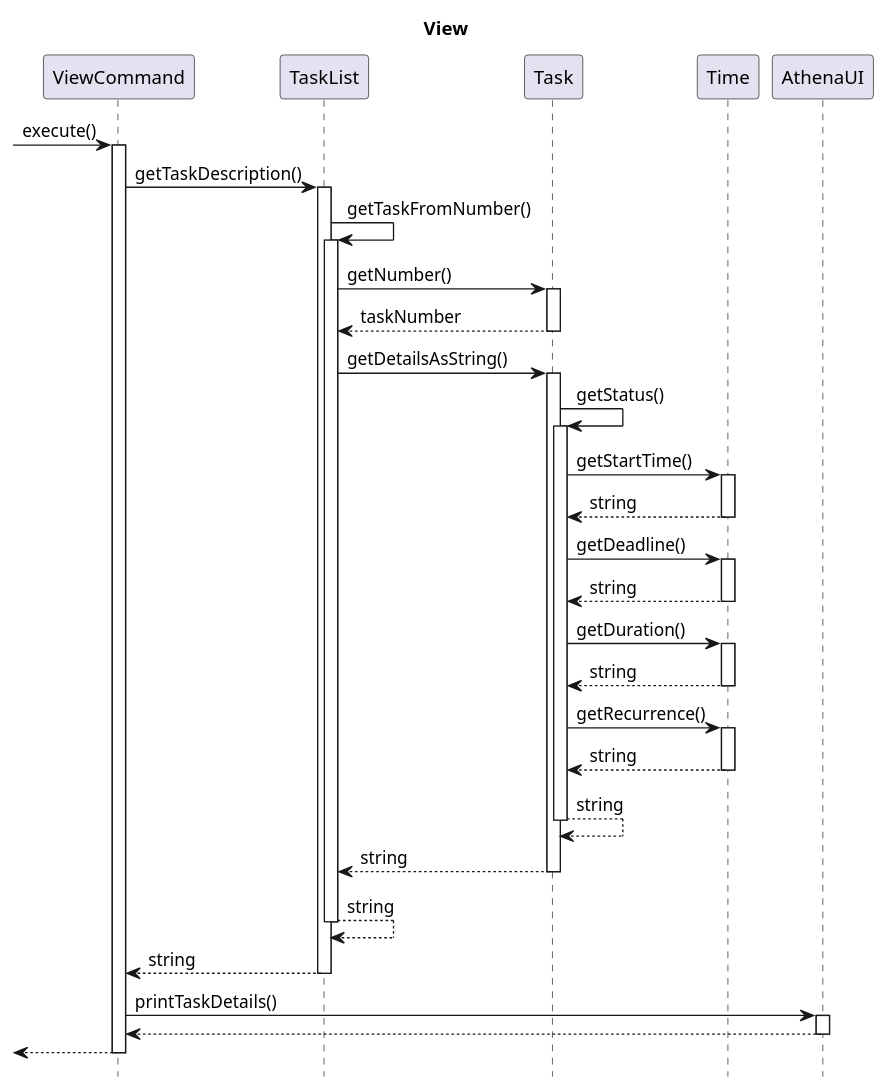
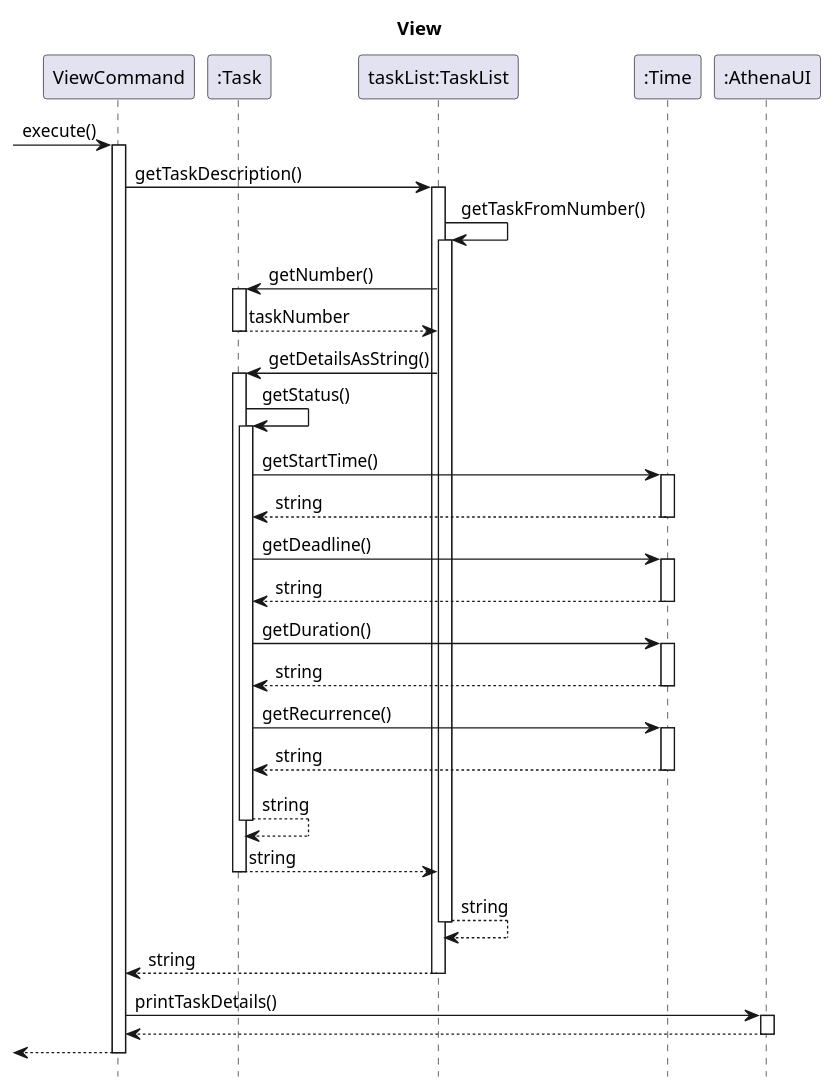
The diagram in docs/sequenceDiagrams/ViewCommand.puml (wish2023/tp), drawn with PlantUML before and after one commit. The commit also changed 6 other files, not shown here.

```diff
--- a/docs/sequenceDiagrams/ViewCommand.puml
+++ b/docs/sequenceDiagrams/ViewCommand.puml
@@ -1,33 +1,39 @@
 @startuml
 hide footbox
 title View
 
 
 ->ViewCommand++: execute()
+
+participant "command:ViewCommand" as ViewCommand
+participant ":Task" as Task
+participant "taskList:TaskList" as TaskList
+participant ":Time" as Time
+participant ":AthenaUI" as AthenaUI
 
 ViewCommand->TaskList++: getTaskDescription()
 
 TaskList->TaskList++: getTaskFromNumber()
 
 TaskList->Task++:getNumber()
 return taskNumber
 TaskList->Task++:getDetailsAsString()
 Task->Task++:getStatus()
 
 Task->Time++:getStartTime()
 return string
 Task->Time++:getDeadline()
 return string
 Task->Time++:getDuration()
 return string
 Task->Time++:getRecurrence()
 return string
 return string
 return string
 return string
 return string
 ViewCommand->AthenaUI++: printTaskDetails()
 return
 <--ViewCommand--
 
 @enduml
```
